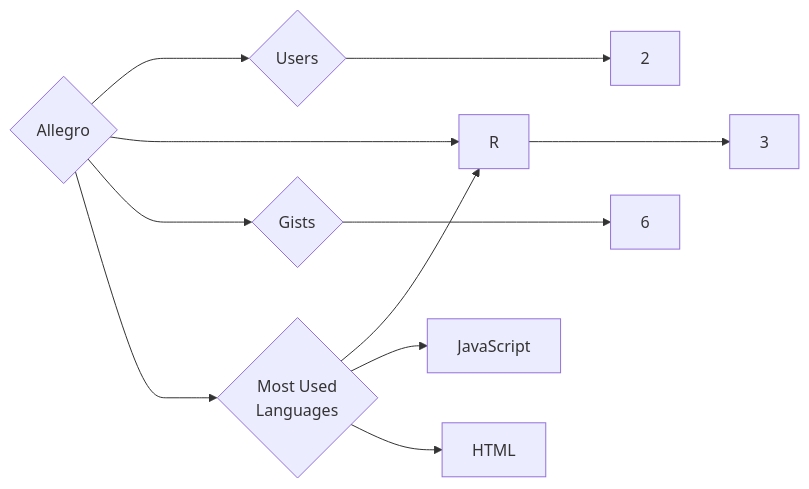
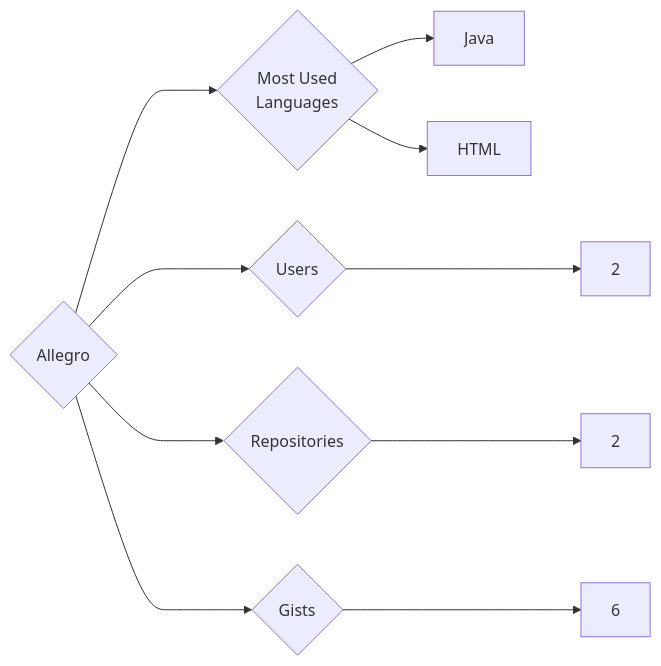
One commit to trickest/insiders changed the diagram in targets/Allegro/README.md. Above: the diagram before and after it, drawn with Mermaid. The commit also changed 985 other files, not shown here.

````diff
--- a/targets/Allegro/README.md
+++ b/targets/Allegro/README.md
@@ -3,11 +3,10 @@
 ```mermaid
 graph LR
 COMPANY_NAME{Allegro}
 COMPANY_NAME ---> U{Users} ---> UN[2]
-COMPANY_NAME ---> R{Repositories} ---> RN[3]
+COMPANY_NAME ---> R{Repositories} ---> RN[2]
 COMPANY_NAME ---> G{Gists} ---> GN[6]
 COMPANY_NAME ---> ML{Most Used<br>Languages}
-ML --> R[R]
-ML --> JavaScript[JavaScript]
+ML --> Java[Java]
 ML --> HTML[HTML]
 ```
````
